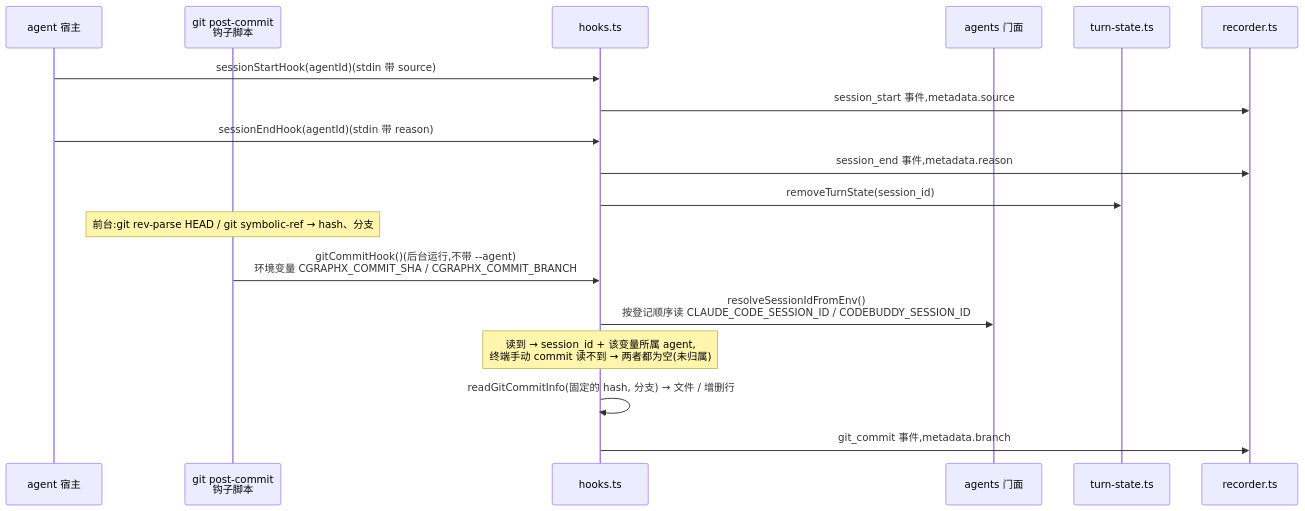
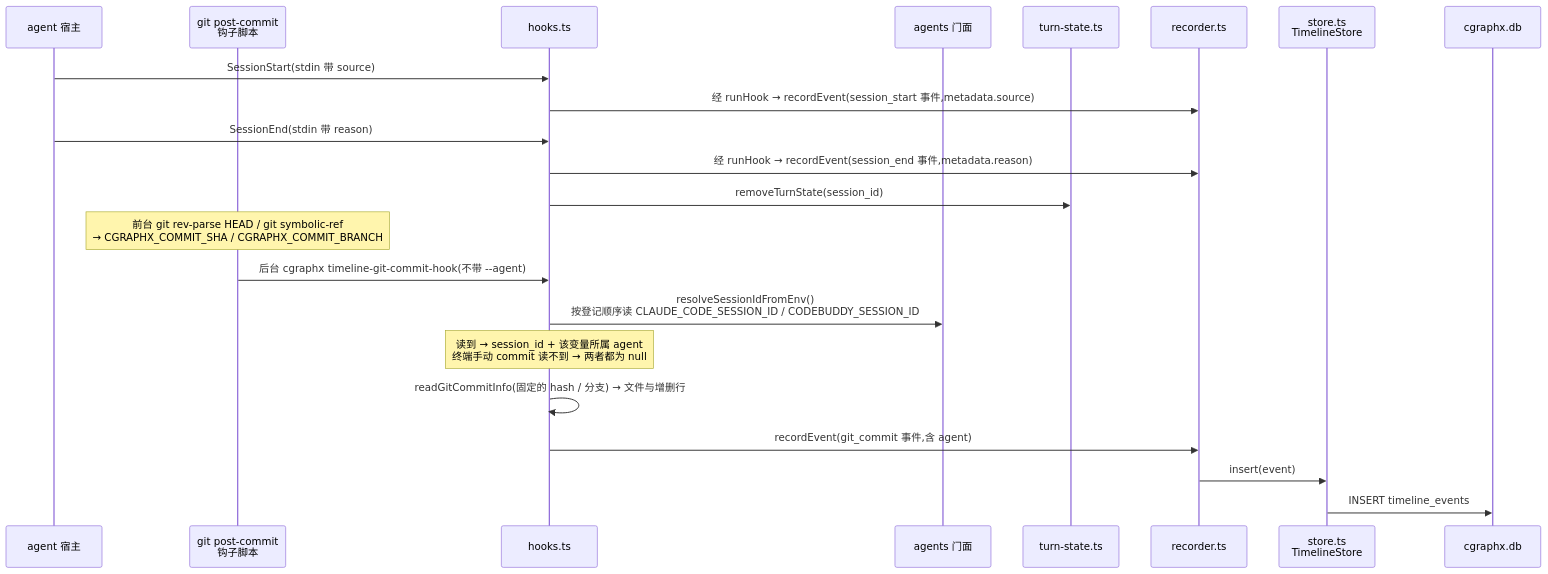
One commit to smdnkB/cgraphx changed the third of 4 diagrams in docs/code-map/flows/开发时间线记录.md. Above: the diagram before and after it, drawn with Mermaid. The commit also changed other lines of this file and 8 other files, not shown here.

First line of the commit message:
docs: 更新任务知识库与代码地图——任务自动关联落地后的现状

````diff
--- a/docs/code-map/flows/开发时间线记录.md
+++ b/docs/code-map/flows/开发时间线记录.md
@@ -93,21 +147,25 @@
 ```mermaid
 sequenceDiagram
   participant AG as agent 宿主
   participant G as git post-commit<br/>钩子脚本
   participant H as hooks.ts
   participant AP as agents 门面
   participant TS as turn-state.ts
   participant RC as recorder.ts
+  participant ST as store.ts<br/>TimelineStore
+  participant DB as cgraphx.db
 
-  AG->>H: sessionStartHook(agentId)(stdin 带 source)
-  H->>RC: session_start 事件,metadata.source
-  AG->>H: sessionEndHook(agentId)(stdin 带 reason)
-  H->>RC: session_end 事件,metadata.reason
+  AG->>H: SessionStart(stdin 带 source)
+  H->>RC: 经 runHook → recordEvent(session_start 事件,metadata.source)
+  AG->>H: SessionEnd(stdin 带 reason)
+  H->>RC: 经 runHook → recordEvent(session_end 事件,metadata.reason)
   H->>TS: removeTurnState(session_id)
-  Note over G: 前台:git rev-parse HEAD / git symbolic-ref → hash、分支
-  G->>H: gitCommitHook()(后台运行,不带 --agent)<br/>环境变量 CGRAPHX_COMMIT_SHA / CGRAPHX_COMMIT_BRANCH
+  Note over G: 前台 git rev-parse HEAD / git symbolic-ref<br/>→ CGRAPHX_COMMIT_SHA / CGRAPHX_COMMIT_BRANCH
+  G->>H: 后台 cgraphx timeline-git-commit-hook(不带 --agent)
   H->>AP: resolveSessionIdFromEnv()<br/>按登记顺序读 CLAUDE_CODE_SESSION_ID / CODEBUDDY_SESSION_ID
-  Note over H: 读到 → session_id + 该变量所属 agent,<br/>终端手动 commit 读不到 → 两者都为空(未归属)
-  H->>H: readGitCommitInfo(固定的 hash, 分支) → 文件 / 增删行
-  H->>RC: git_commit 事件,metadata.branch
+  Note over H: 读到 → session_id + 该变量所属 agent<br/>终端手动 commit 读不到 → 两者都为 null
+  H->>H: readGitCommitInfo(固定的 hash / 分支) → 文件与增删行
+  H->>RC: recordEvent(git_commit 事件,含 agent)
+  RC->>ST: insert(event)
+  ST->>DB: INSERT timeline_events
 ```
````
